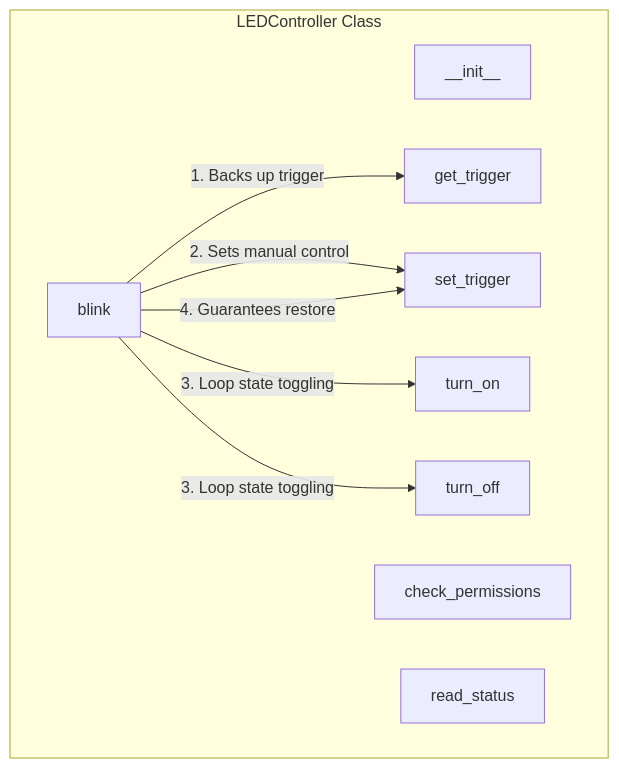
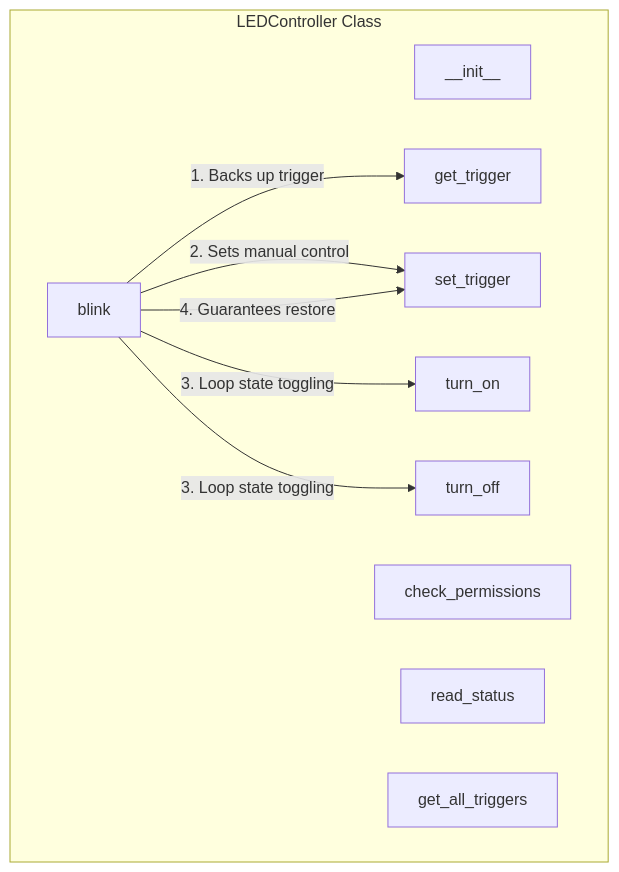
Before and after one commit to Drodieca19/led-control-raspi2w: the diagram in led/controller.py.architecture.md, drawn with Mermaid. The commit also changed other lines of this file and 8 other files, not shown here.

````diff
--- a/led/controller.py.architecture.md
+++ b/led/controller.py.architecture.md
@@ -11,19 +11,20 @@
 ```mermaid
 graph TD
     subgraph LEDController Class
         init[__init__]
         check[check_permissions]
         on[turn_on]
         off[turn_off]
         status[read_status]
         get_trig[get_trigger]
         set_trig[set_trigger]
+        get_all_trig[get_all_triggers]
         blink[blink]
     end
     
     blink -->|1. Backs up trigger| get_trig
     blink -->|2. Sets manual control| set_trig
     blink -->|3. Loop state toggling| on
     blink -->|3. Loop state toggling| off
     blink -->|4. Guarantees restore| set_trig
 ```
````
